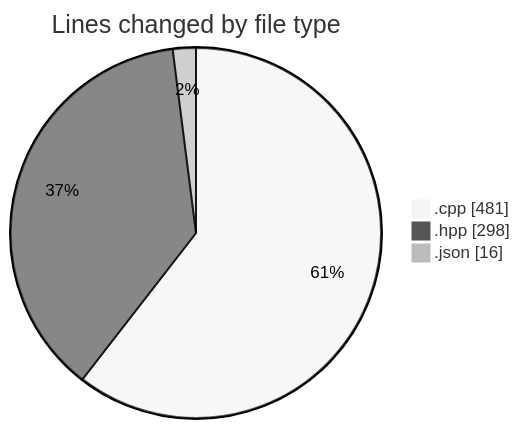
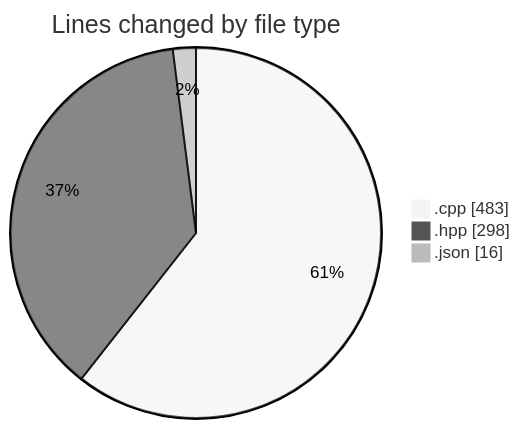
Before and after one commit to Netris89/code-tracking: the first of 2 diagrams in 2025-04-25/echo/README.md, drawn with Mermaid (neutral theme). The commit also changed other lines of this file and 1 other file, not shown here.

````diff
--- a/2025-04-25/echo/README.md
+++ b/2025-04-25/echo/README.md
@@ -23,7 +23,7 @@
 ```mermaid
 pie showData
 title Lines changed by file type
-".cpp" : 481
+".cpp" : 483
 ".hpp" : 298
 ".json" : 16
 ```
````
